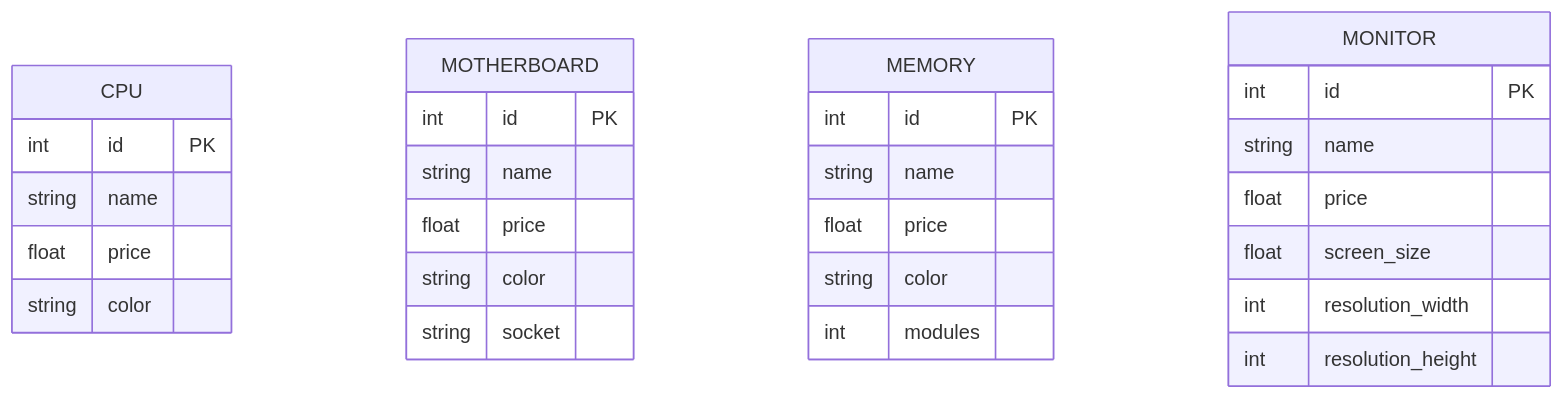
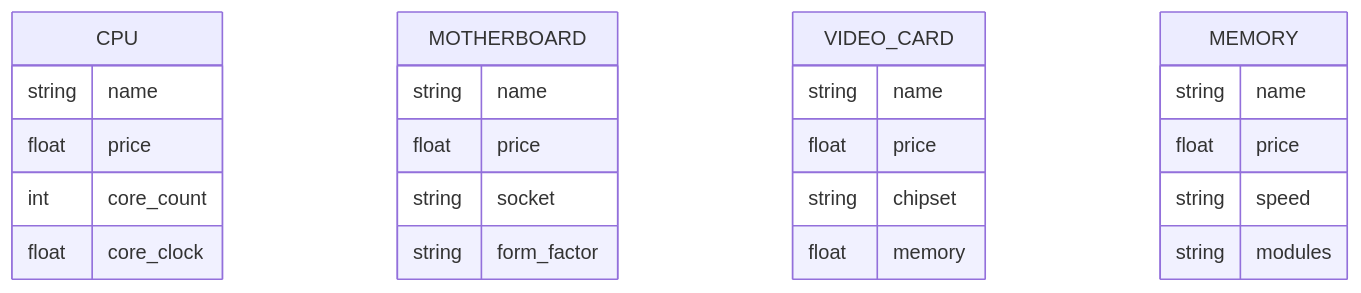
One commit to alxz0212/ejercicios-bigdata changed the first of 3 diagrams in ejercicios/01_bases_de_datos/1.1_introduccion_sqlite/ANALISIS_DATOS.md. Above: the diagram before and after it, drawn with Mermaid. The commit also changed other lines of this file and 5 other files, not shown here.

````diff
--- a/ejercicios/01_bases_de_datos/1.1_introduccion_sqlite/ANALISIS_DATOS.md
+++ b/ejercicios/01_bases_de_datos/1.1_introduccion_sqlite/ANALISIS_DATOS.md
@@ -153,38 +103,28 @@
 ```mermaid
 erDiagram
     CPU {
-        int id PK
         string name
         float price
-        string color
+        int core_count
+        float core_clock
     }
-
     MOTHERBOARD {
-        int id PK
         string name
         float price
-        string color
         string socket
+        string form_factor
     }
-
-    MEMORY {
-        int id PK
+    VIDEO_CARD {
         string name
         float price
-        string color
-        int modules
+        string chipset
+        float memory
     }
-
-    MONITOR {
-        int id PK
+    MEMORY {
         string name
         float price
-        float screen_size
-        int resolution_width
-        int resolution_height
+        string speed
+        string modules
     }
-
-    %% Solo muestro 4 tablas como ejemplo
-    %% En realidad son 26 tablas (una por cada CSV)
-    %% NO HAY RELACIONES entre tablas
+    %% ... y así sucesivamente para las 26 tablas
 ```
````
